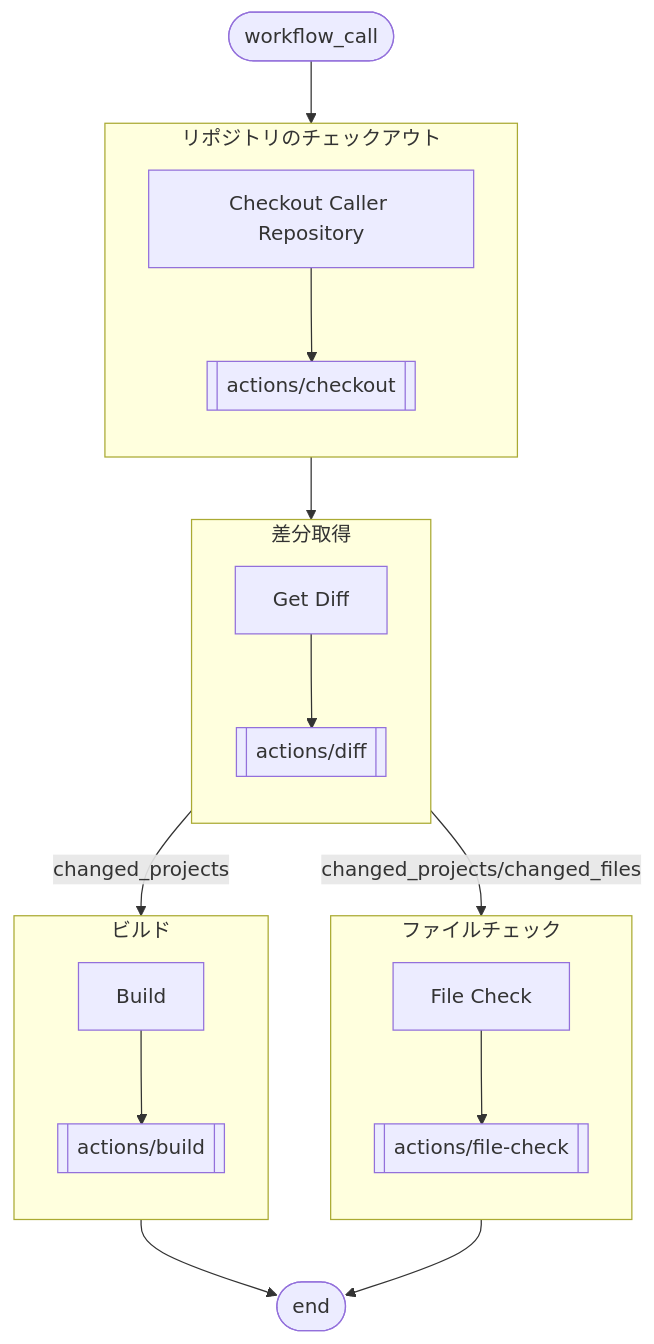
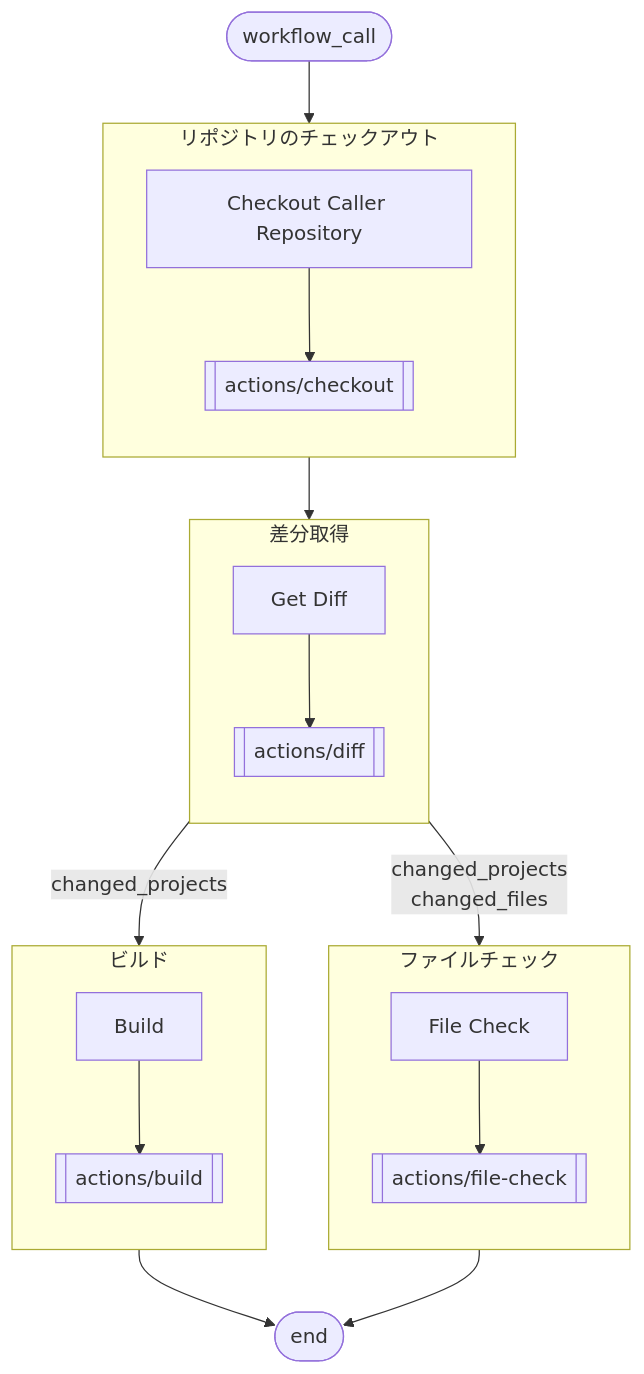
The diagram in docs/toko/index.md (wiseman-fukushi2-trial/actions), drawn with Mermaid before and after one commit.

````diff
--- a/docs/toko/index.md
+++ b/docs/toko/index.md
@@ -7,60 +7,60 @@
 ```mermaid
 flowchart TD
     Start([workflow_call])
     CheckoutGroup[リポジトリのチェックアウト]
     Checkout[Checkout Caller Repository]
     checkout[[actions/checkout]]
     
     DiffGroup[差分取得]
     Diff[Get Diff]
     diff[[actions/diff]]
     
     BuildGroup[ビルド]
     Build[Build]
     build[[actions/build]]
     
     FileCheckGroup[ファイルチェック]
     FileCheck[File Check]
     filecheck[[actions/file-check]]
     End([end])
     
     Start --> CheckoutGroup
     
     subgraph CheckoutGroup[リポジトリのチェックアウト]
     direction TB
     Checkout --> checkout
     end
     
     CheckoutGroup --> DiffGroup
     
     subgraph DiffGroup[差分取得]
     direction TB
     Diff --> diff
     end
     
     DiffGroup -- changed_projects --> BuildGroup
     
     subgraph BuildGroup[ビルド]
     direction TB
     Build --> build
     end
     
-    DiffGroup -- changed_projects/changed_files --> FileCheckGroup
+    DiffGroup -- changed_projects<br>changed_files --> FileCheckGroup
     
     subgraph FileCheckGroup[ファイルチェック]
     direction TB
     FileCheck --> filecheck
     end
     
     BuildGroup --> End
     FileCheckGroup --> End
 
     click Checkout "https://github.com/wiseman-fukushi-dev/rv1.actions/blob/main/.github/workflows/toko.yml#L12" "Checkout"
     click actions/checkout "https://github.com/wiseman-fukushi-dev/rv1.actions/tree/main/actions/checkout" "actions/checkout"
     click Diff "https://github.com/wiseman-fukushi-dev/rv1.actions/blob/main/.github/workflows/toko.yml#L18" "Get Diff"
     click diff "https://github.com/wiseman-fukushi-dev/rv1.actions/tree/main/actions/diff" "actions/diff"
     click Build "https://github.com/wiseman-fukushi-dev/rv1.actions/blob/main/.github/workflows/toko.yml#L23" "Build"
     click build "https://github.com/wiseman-fukushi-dev/rv1.actions/tree/main/actions/build" "actions/build"
     click FileCheck "https://github.com/wiseman-fukushi-dev/rv1.actions/blob/main/.github/workflows/toko.yml#L47" "File Check"
     click filecheck "https://github.com/wiseman-fukushi-dev/rv1.actions/tree/main/actions/file-check" "actions/file-check"
 ```
````
